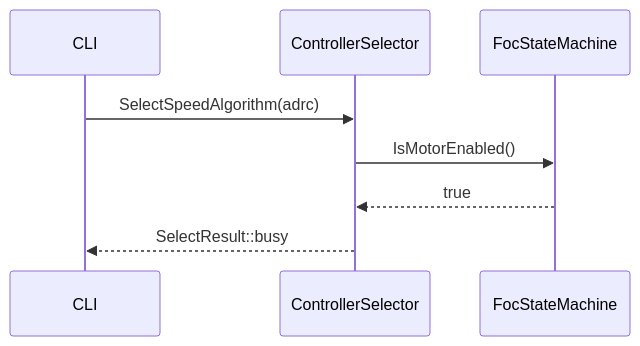
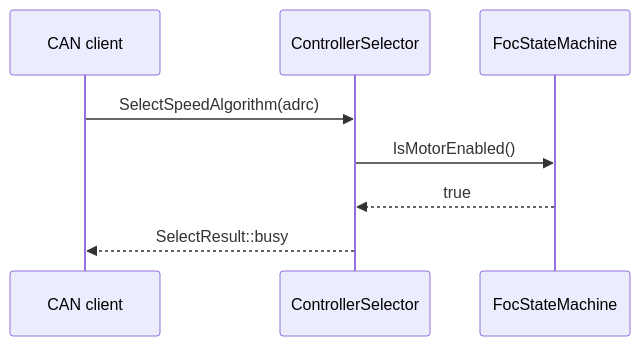
Before and after one commit to embedded-pro/e-foc: the seventh of 9 diagrams in documentation/design/controller-selection.md, drawn with Mermaid. The commit also changed other lines of this file and 54 other files, not shown here.

````diff
--- a/documentation/design/controller-selection.md
+++ b/documentation/design/controller-selection.md
@@ -614,11 +600,11 @@
 ```mermaid
 sequenceDiagram
-    participant CLI
+    participant Client as CAN client
     participant Selector as ControllerSelector
     participant StateMachine as FocStateMachine
 
-    CLI->>Selector: SelectSpeedAlgorithm(adrc)
+    Client->>Selector: SelectSpeedAlgorithm(adrc)
     Selector->>StateMachine: IsMotorEnabled()
     StateMachine-->>Selector: true
-    Selector-->>CLI: SelectResult::busy
+    Selector-->>Client: SelectResult::busy
 ```
````
